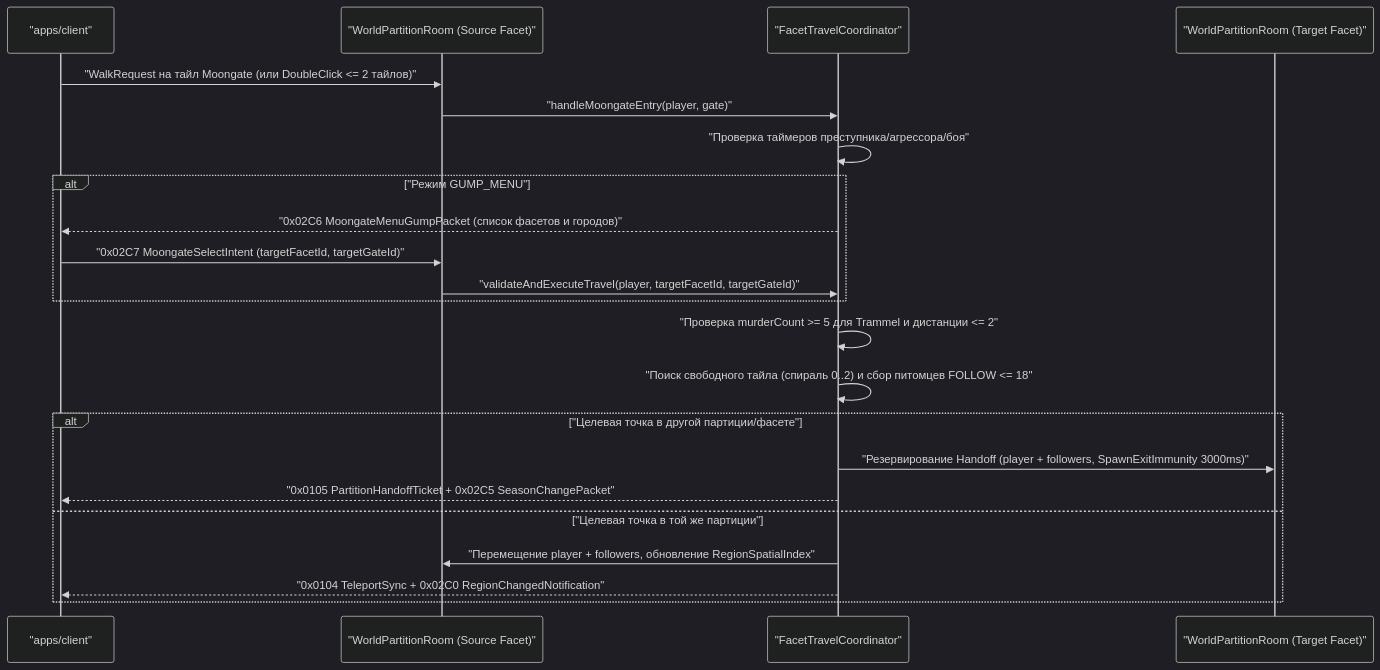
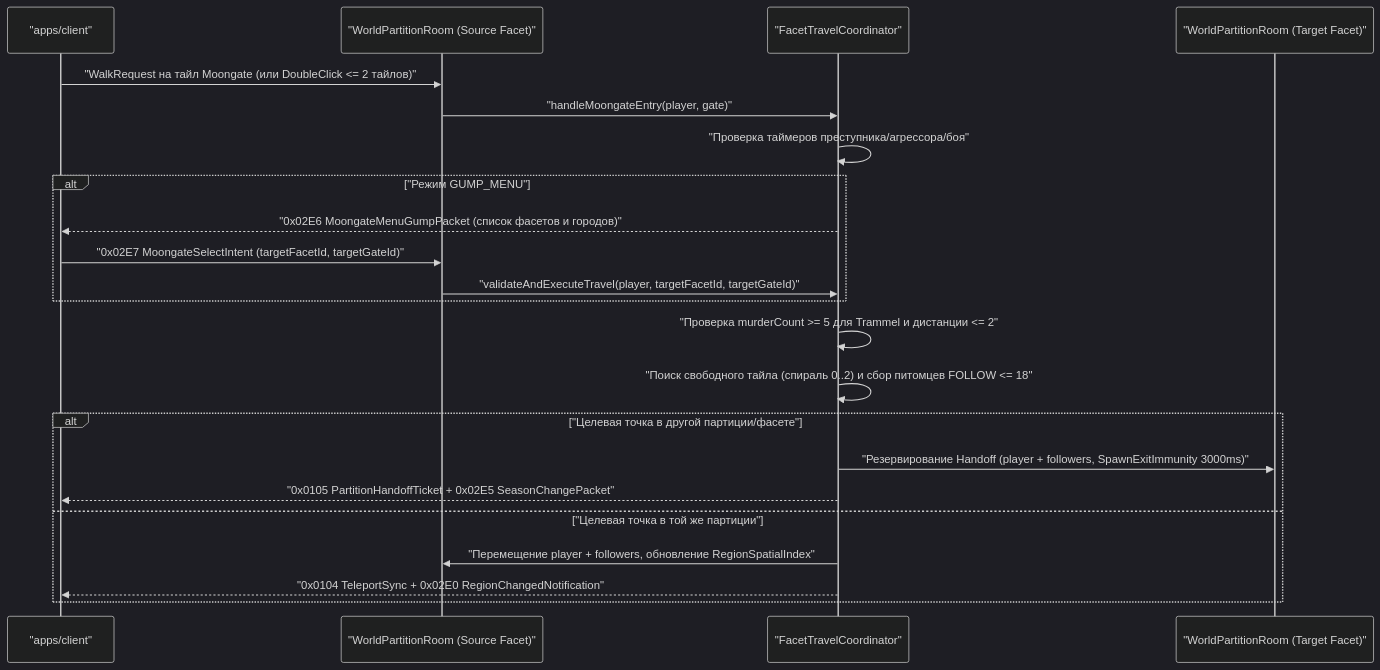
One commit to SergioAndreev/uo3 changed the second of 2 diagrams in openspec/changes/p25-world-regions-and-environment/design.md. Above: the diagram before and after it, drawn with Mermaid (dark theme). The commit also changed other lines of this file and 188 other files, not shown here.

````diff
--- a/openspec/changes/p25-world-regions-and-environment/design.md
+++ b/openspec/changes/p25-world-regions-and-environment/design.md
@@ -116,25 +116,25 @@
 ```mermaid
 sequenceDiagram
     participant C as "apps/client"
     participant P1 as "WorldPartitionRoom (Source Facet)"
     participant TC as "FacetTravelCoordinator"
     participant P2 as "WorldPartitionRoom (Target Facet)"
 
     C->>P1: "WalkRequest на тайл Moongate (или DoubleClick <= 2 тайлов)"
     P1->>TC: "handleMoongateEntry(player, gate)"
     TC->>TC: "Проверка таймеров преступника/агрессора/боя"
     alt "Режим GUMP_MENU"
-        TC-->>C: "0x02C6 MoongateMenuGumpPacket (список фасетов и городов)"
-        C->>P1: "0x02C7 MoongateSelectIntent (targetFacetId, targetGateId)"
+        TC-->>C: "0x02E6 MoongateMenuGumpPacket (список фасетов и городов)"
+        C->>P1: "0x02E7 MoongateSelectIntent (targetFacetId, targetGateId)"
         P1->>TC: "validateAndExecuteTravel(player, targetFacetId, targetGateId)"
     end
     TC->>TC: "Проверка murderCount >= 5 для Trammel и дистанции <= 2"
     TC->>TC: "Поиск свободного тайла (спираль 0..2) и сбор питомцев FOLLOW <= 18"
     alt "Целевая точка в другой партиции/фасете"
         TC->>P2: "Резервирование Handoff (player + followers, SpawnExitImmunity 3000ms)"
-        TC-->>C: "0x0105 PartitionHandoffTicket + 0x02C5 SeasonChangePacket"
+        TC-->>C: "0x0105 PartitionHandoffTicket + 0x02E5 SeasonChangePacket"
     else "Целевая точка в той же партиции"
         TC->>P1: "Перемещение player + followers, обновление RegionSpatialIndex"
-        TC-->>C: "0x0104 TeleportSync + 0x02C0 RegionChangedNotification"
+        TC-->>C: "0x0104 TeleportSync + 0x02E0 RegionChangedNotification"
     end
 ```
````
